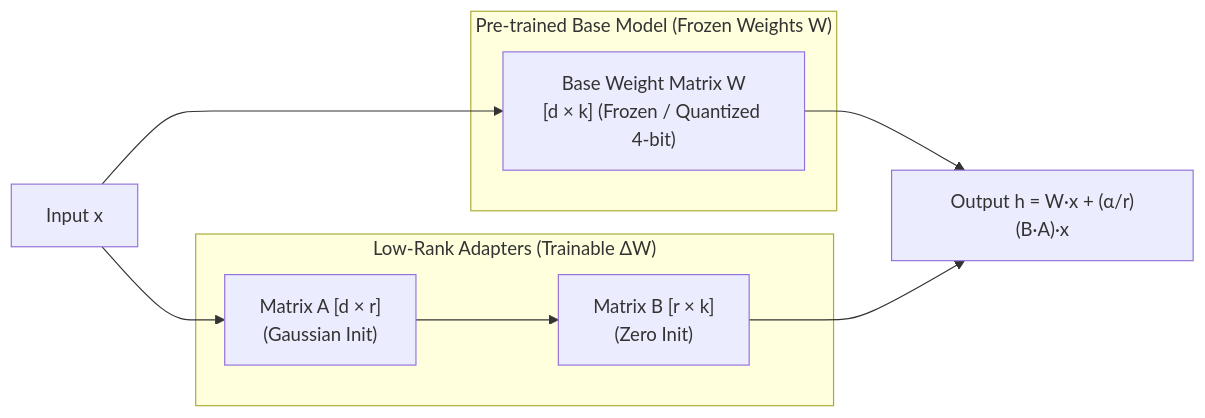
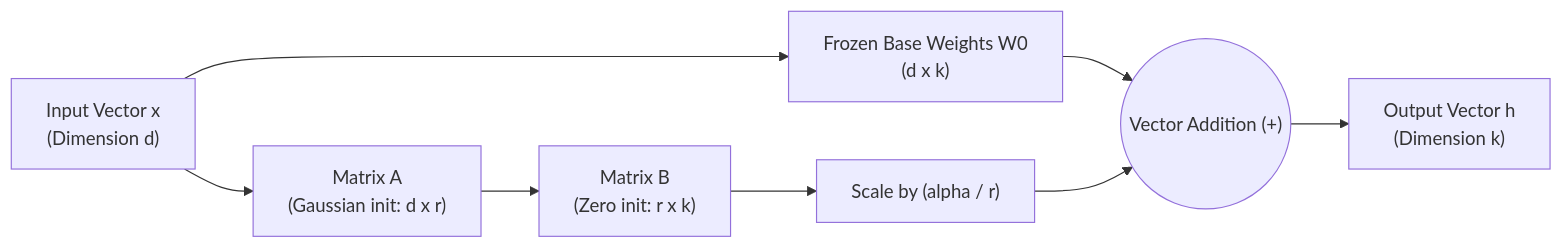
The diagram in docs/07-cloud-ai-fine-tuning/03-finetuning-llm-lora-krishnaik/02-part-2-loraqlora-indepth-mathematical-in.md (DeshDeepakKant/ai-engineering-docs), drawn with Mermaid before and after one commit. The commit also changed other lines of this file and 182 other files, not shown here.

````diff
--- a/docs/07-cloud-ai-fine-tuning/03-finetuning-llm-lora-krishnaik/02-part-2-loraqlora-indepth-mathematical-in.md
+++ b/docs/07-cloud-ai-fine-tuning/03-finetuning-llm-lora-krishnaik/02-part-2-loraqlora-indepth-mathematical-in.md
@@ -35,15 +36,10 @@
 ```mermaid
 flowchart LR
-    subgraph Frozen["Pre-trained Base Model (Frozen Weights W)"]
-        W["Base Weight Matrix W\n[d × k] (Frozen / Quantized 4-bit)"]
-    end
-
-    subgraph Trainable["Low-Rank Adapters (Trainable ΔW)"]
-        A["Matrix A [d × r]\n(Gaussian Init)"] --> B["Matrix B [r × k]\n(Zero Init)"]
-    end
-
-    X["Input x"] --> W
-    X --> A
-    W --> Sum["Output h = W·x + (α/r)(B·A)·x"]
-    B --> Sum
+    X["Input Vector x\n(Dimension d)"] --> W0["Frozen Base Weights W0\n(d x k)"]
+    X --> A["Matrix A\n(Gaussian init: d x r)"]
+    A --> B["Matrix B\n(Zero init: r x k)"]
+    B --> Scale["Scale by (alpha / r)"]
+    W0 --> Sum(("Vector Addition (+)"))
+    Scale --> Sum
+    Sum --> Y["Output Vector h\n(Dimension k)"]
 ```
````
